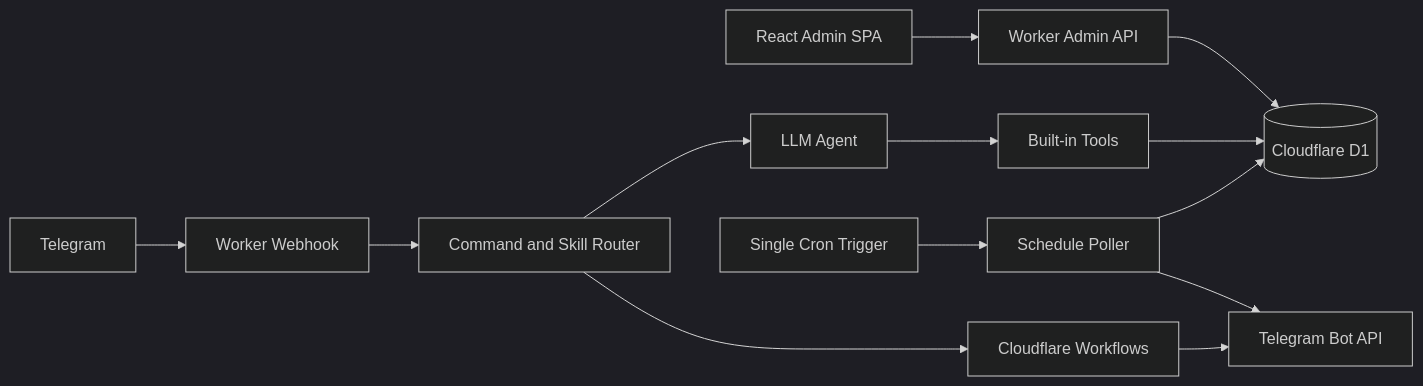
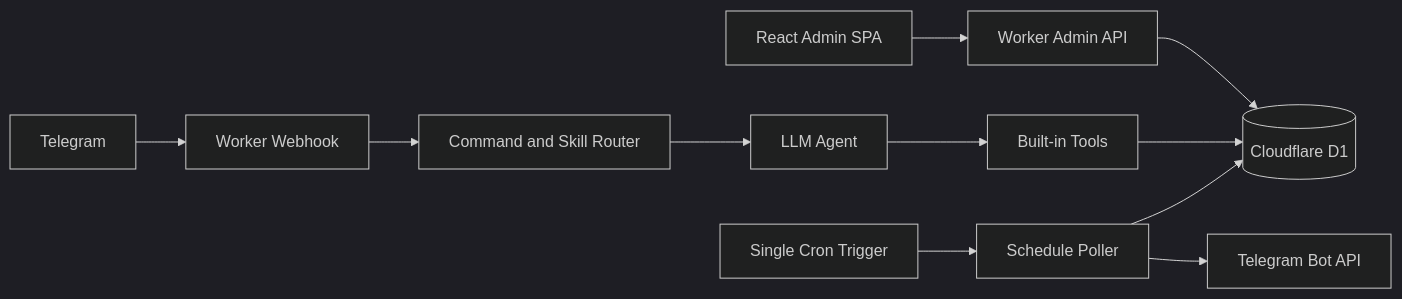
One commit to tower1229/personal-agent changed the diagram in docs/architecture.md. Above: the diagram before and after it, drawn with Mermaid (dark theme). The commit also changed other lines of this file and 65 other files, not shown here.

````diff
--- a/docs/architecture.md
+++ b/docs/architecture.md
@@ -5,15 +5,13 @@
 ```mermaid
 flowchart LR
   TG[Telegram] --> WH[Worker Webhook]
   Admin[React Admin SPA] --> API[Worker Admin API]
   API --> D1[(Cloudflare D1)]
   WH --> Router[Command and Skill Router]
   Router --> Agent[LLM Agent]
   Agent --> Tools[Built-in Tools]
   Tools --> D1
-  Router --> WF[Cloudflare Workflows]
   Cron[Single Cron Trigger] --> Schedules[Schedule Poller]
   Schedules --> D1
   Schedules --> TGAPI[Telegram Bot API]
-  WF --> TGAPI
 ```
````
